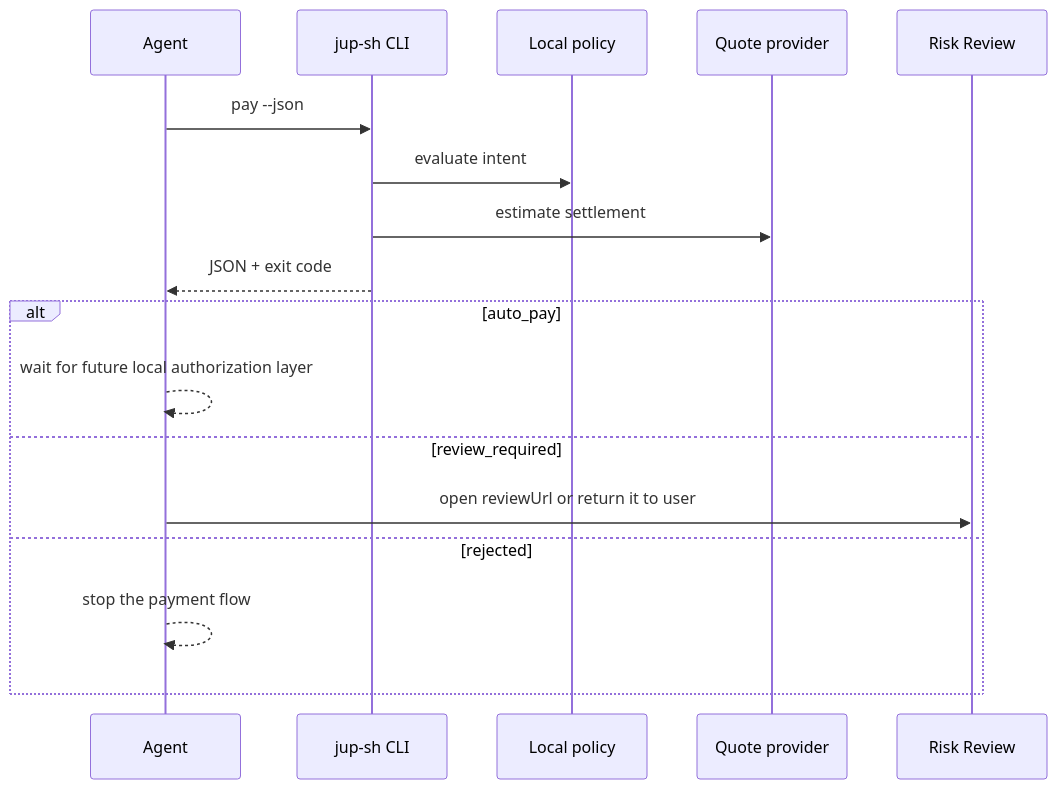
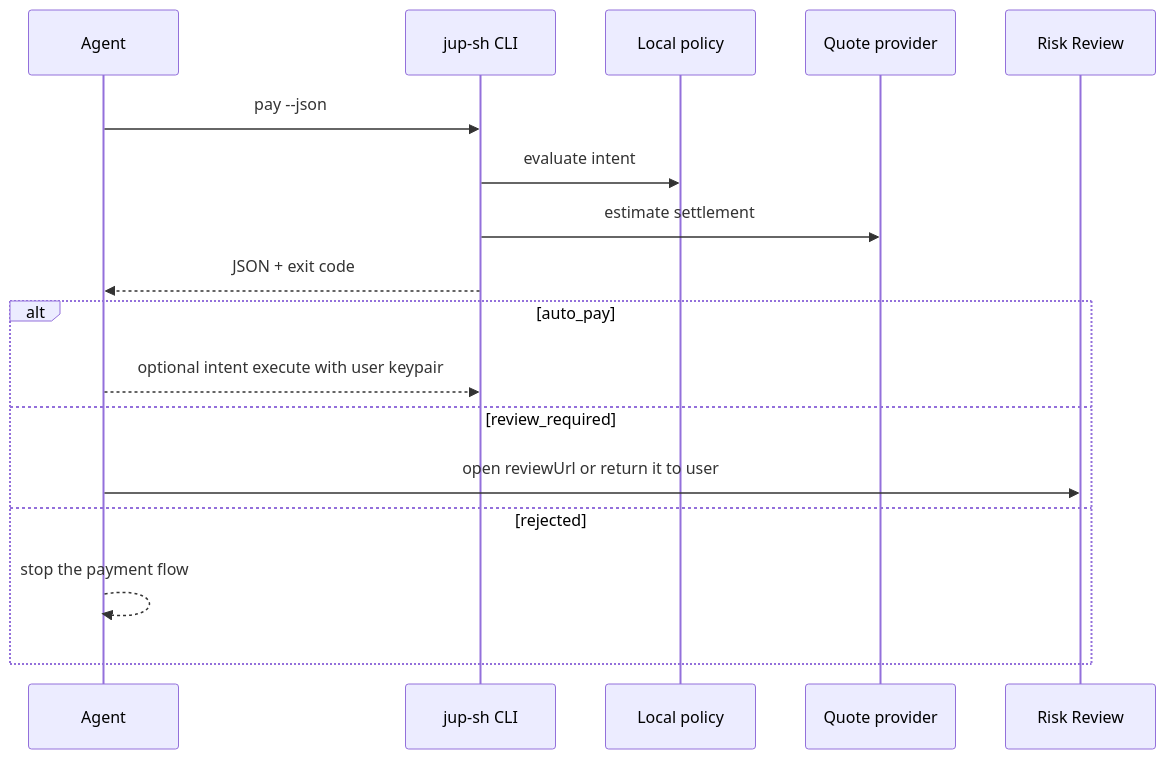
One commit to SovereignCrush/jup changed the diagram in docs/agent-integration.md. Above: the diagram before and after it, drawn with Mermaid. The commit also changed other lines of this file and 40 other files, not shown here.

````diff
--- a/docs/agent-integration.md
+++ b/docs/agent-integration.md
@@ -17,20 +18,20 @@
 ```mermaid
 sequenceDiagram
   participant Agent as Agent
   participant CLI as jup-sh CLI
   participant Policy as Local policy
   participant Quote as Quote provider
   participant Review as Risk Review
 
   Agent->>CLI: pay --json
   CLI->>Policy: evaluate intent
   CLI->>Quote: estimate settlement
   CLI-->>Agent: JSON + exit code
   alt auto_pay
-    Agent-->>Agent: wait for future local authorization layer
+    Agent-->>CLI: optional intent execute with user keypair
   else review_required
     Agent->>Review: open reviewUrl or return it to user
   else rejected
     Agent-->>Agent: stop the payment flow
   end
 ```
````
